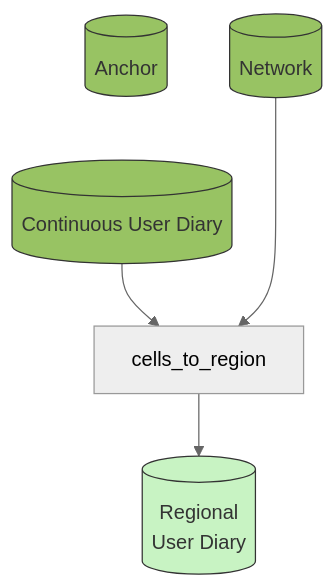
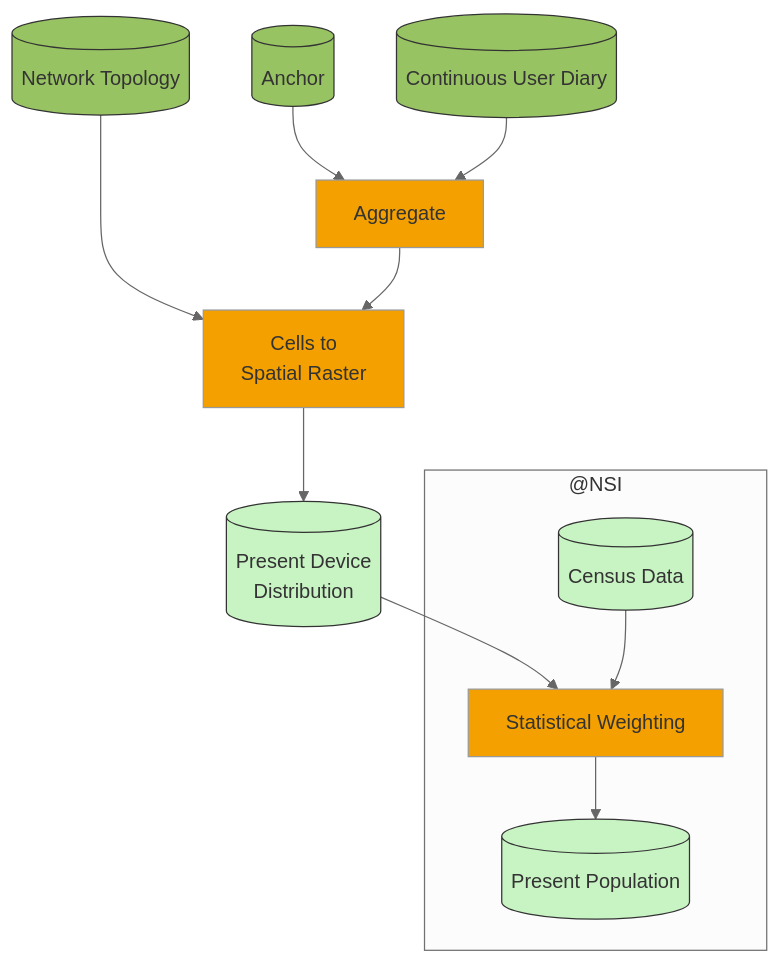
Before and after one commit to djvanderlaan/pipeline: the second of 2 diagrams in overall.md, drawn with Mermaid (neutral theme). The commit also changed other lines of this file, not shown here.

````diff
--- a/overall.md
+++ b/overall.md
@@ -75,19 +90,34 @@
 ```mermaid
 flowchart TD
 
 classDef data fill:#033d59,stroke-width:1px, color:#333333;
 classDef process fill:#f3a000,stroke-width:1px,color:#333333;
 classDef db fill:#c8f3c3,stroke:#333333,color:#333333;
 classDef db_rest fill:#98c363,stroke:#333333,color:#333333;
 
 anchor_db[("Anchor")]:::db_rest
 cud_db[("Continuous User Diary")]:::db_rest
-Network[("Network")]:::db_rest
+Network[("Network Topology")]:::db_rest
+DeviceDist[("Present Device\nDistribution")]:::db
+Census[("Census Data")]:::db
+
+aggregate["Aggregate"]:::process
+cells_to_region["Cells to\n Spatial Raster"]:::process
+weight["Statistical Weighting"]:::process
 
 
-RegionCud[("Regional \n User Diary")]:::db
+RegionCud[("Present Population")]:::db
 
-cud_db --> cells_to_region
+anchor_db --> aggregate
+cud_db --> aggregate
 Network ---> cells_to_region
-cells_to_region --> RegionCud
+aggregate --> cells_to_region
+cells_to_region --> DeviceDist
+
+DeviceDist --> weight
+subgraph atnsi["@NSI"]
+  Census --> weight
+  weight --> RegionCud
+end
+
 ```
````
